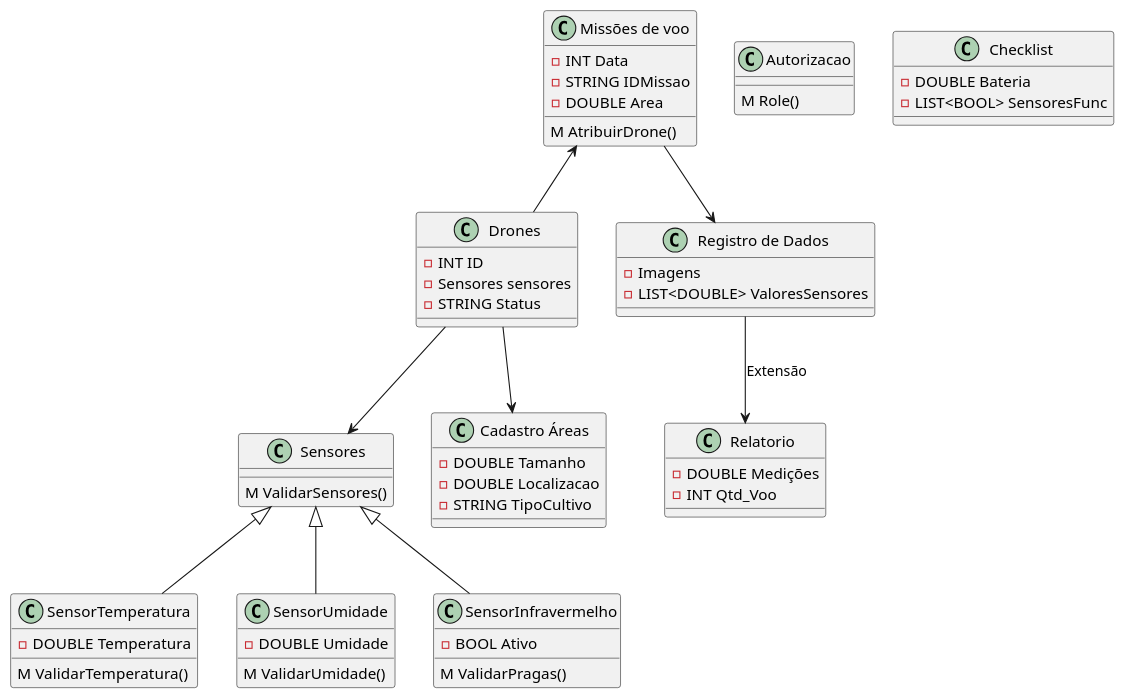
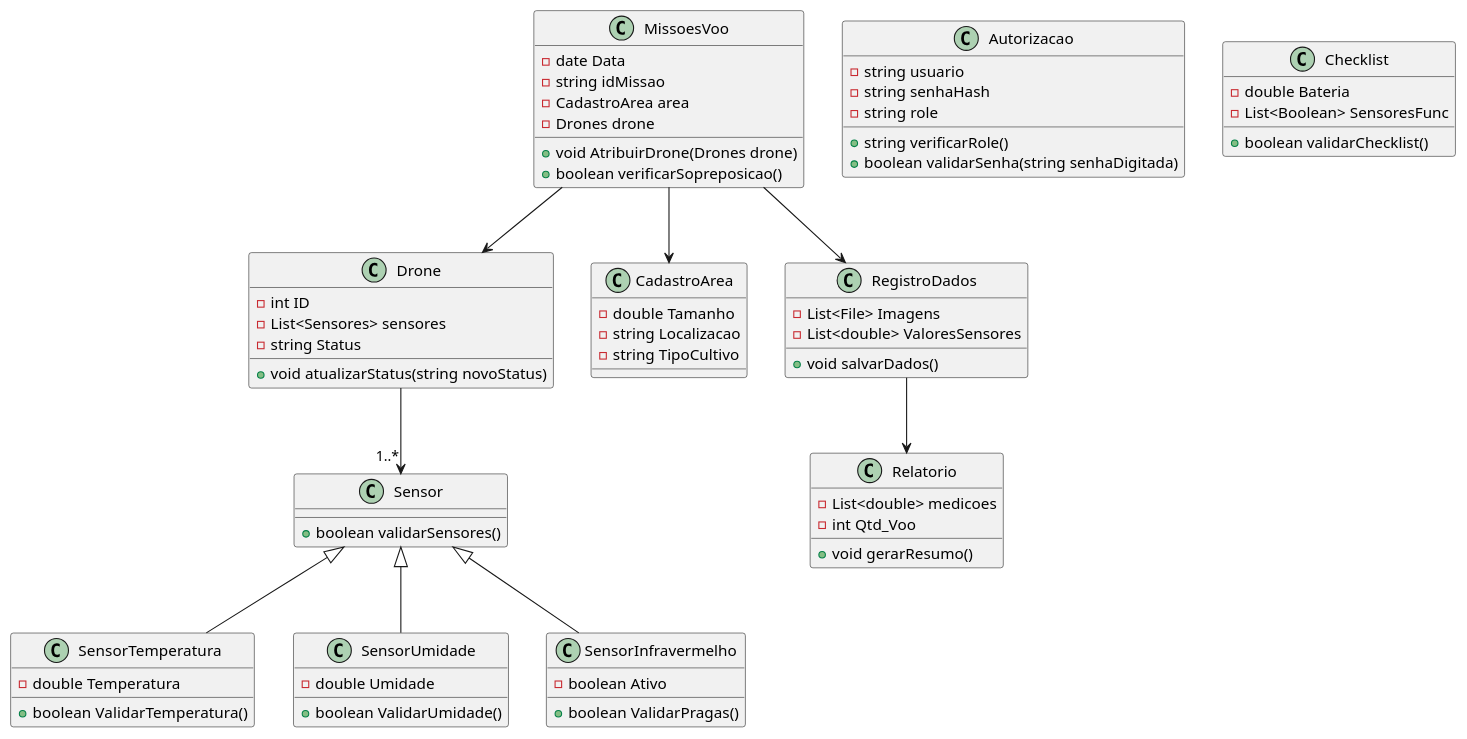
Before and after one commit to JoaoVitorMintz/Trabalho-de-Projeto-de-Software: the diagram in docs/ClassDiagram.puml, drawn with PlantUML. The commit also changed 4 other files, not shown here.

Commit message:
DIAGRAMA DE CLASSE E DE SEQUENCIA COMPLETOS: Necessário verificar, mas está basicamente feito e completo

```diff
--- a/docs/ClassDiagram.puml
+++ b/docs/ClassDiagram.puml
@@ -1,79 +1,88 @@
 @startuml ClassDiagram
 ' =============================
 ' Classes de Sensores
 ' =============================
-class Sensores {
-  M ValidarSensores()
+class Sensor {
+  + boolean validarSensores()
 }
 
 class SensorTemperatura {
-  - DOUBLE Temperatura
-  M ValidarTemperatura()
+  - double Temperatura
+  + boolean ValidarTemperatura()
 }
 
 class SensorUmidade {
-  - DOUBLE Umidade
-  M ValidarUmidade()
+  - double Umidade
+  + boolean ValidarUmidade()
 }
 
 class SensorInfravermelho {
-  - BOOL Ativo
-  M ValidarPragas()
+  - boolean Ativo
+  + boolean ValidarPragas()
 }
 
-Sensores <|-- SensorTemperatura
-Sensores <|-- SensorUmidade
-Sensores <|-- SensorInfravermelho
+Sensor <|-- SensorTemperatura
+Sensor <|-- SensorUmidade
+Sensor <|-- SensorInfravermelho
 
 ' =============================
 ' Classes de Drones e Missões
 ' =============================
-class Drones {
-  - INT ID
-  - Sensores sensores
-  - STRING Status
+class Drone {
+  - int ID
+  - List<Sensores> sensores
+  - string Status
+  + void atualizarStatus(string novoStatus)
 }
 
-class "Missões de voo" as MissoesVoo {
-  - INT Data
-  - STRING IDMissao
-  - DOUBLE Area
-  M AtribuirDrone()
+class MissoesVoo {
+  - date Data
+  - string idMissao
+  - CadastroArea area
+  - Drones drone
+  + void AtribuirDrone(Drones drone)
+  + boolean verificarSopreposicao()
 }
 
-class "Cadastro Áreas" as CadastroAreas {
-  - DOUBLE Tamanho
-  - DOUBLE Localizacao
-  - STRING TipoCultivo
+class CadastroArea {
+  - double Tamanho
+  - string Localizacao
+  - string TipoCultivo
 }
 
-class "Registro de Dados" as RegistroDados {
-  - Imagens
-  - LIST<DOUBLE> ValoresSensores
+class RegistroDados {
+  - List<File> Imagens
+  - List<double> ValoresSensores
+  + void salvarDados()
 }
 
 class Relatorio {
-  - DOUBLE Medições
-  - INT Qtd_Voo
+  - List<double> medicoes
+  - int Qtd_Voo
+  + void gerarResumo()
 }
 
-MissoesVoo <-- Drones
-Drones --> Sensores
-Drones --> CadastroAreas
+Drone --> "1..*" Sensor
+MissoesVoo --> Drone
+MissoesVoo --> CadastroArea
 MissoesVoo --> RegistroDados
-RegistroDados --> Relatorio : "Extensão"
+RegistroDados --> Relatorio
 
 ' =============================
 ' Outras Classes
 ' =============================
 
 class Autorizacao {
-  M Role()
-  ' Verificação de role ADM ou Operador
+  - string usuario
+  - string senhaHash
+  - string role
+  + string verificarRole()
+  + boolean validarSenha(string senhaDigitada)
 }
 
 class Checklist {
-  - DOUBLE Bateria
-  - LIST<BOOL> SensoresFunc
+  - double Bateria
+  - List<Boolean> SensoresFunc
+  + boolean validarChecklist()
 }
 @enduml
```
